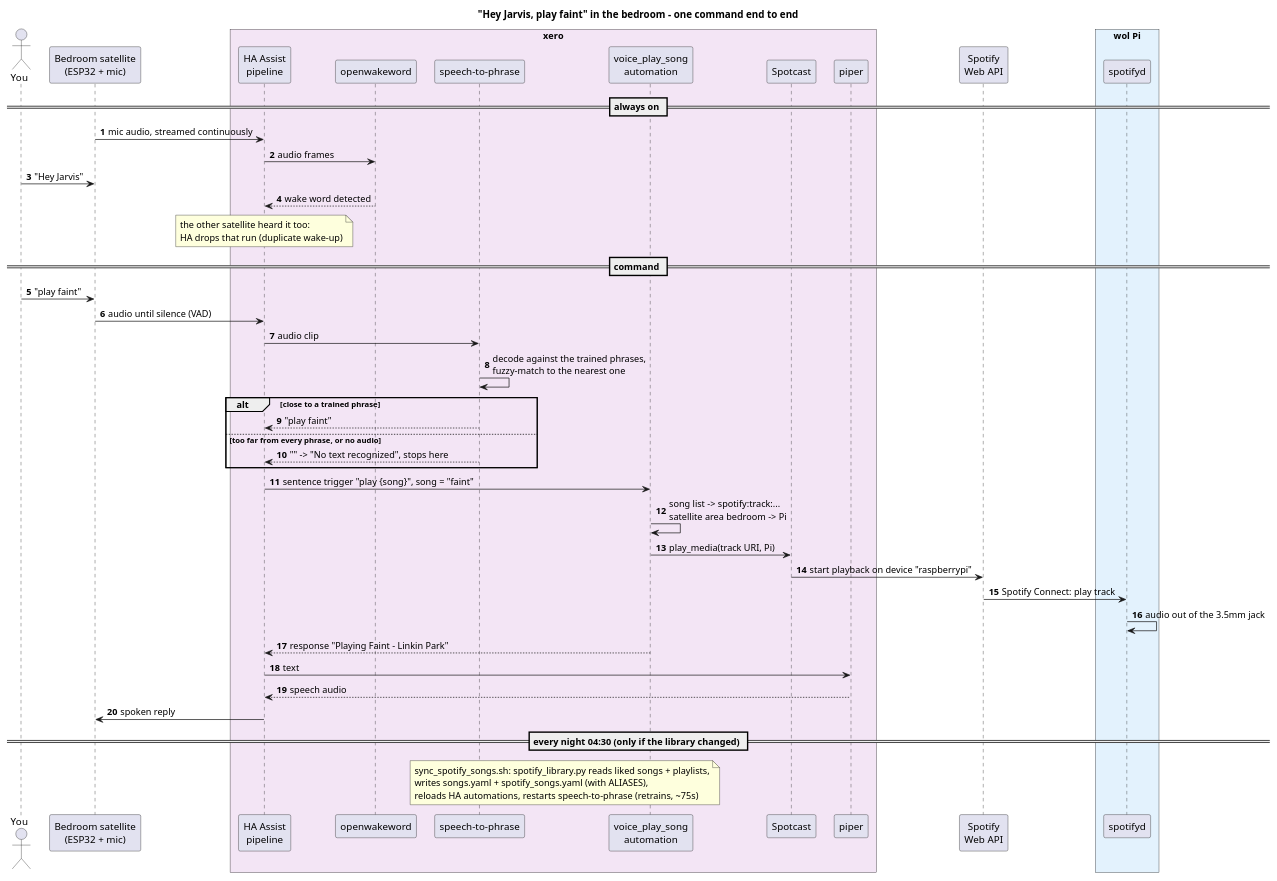
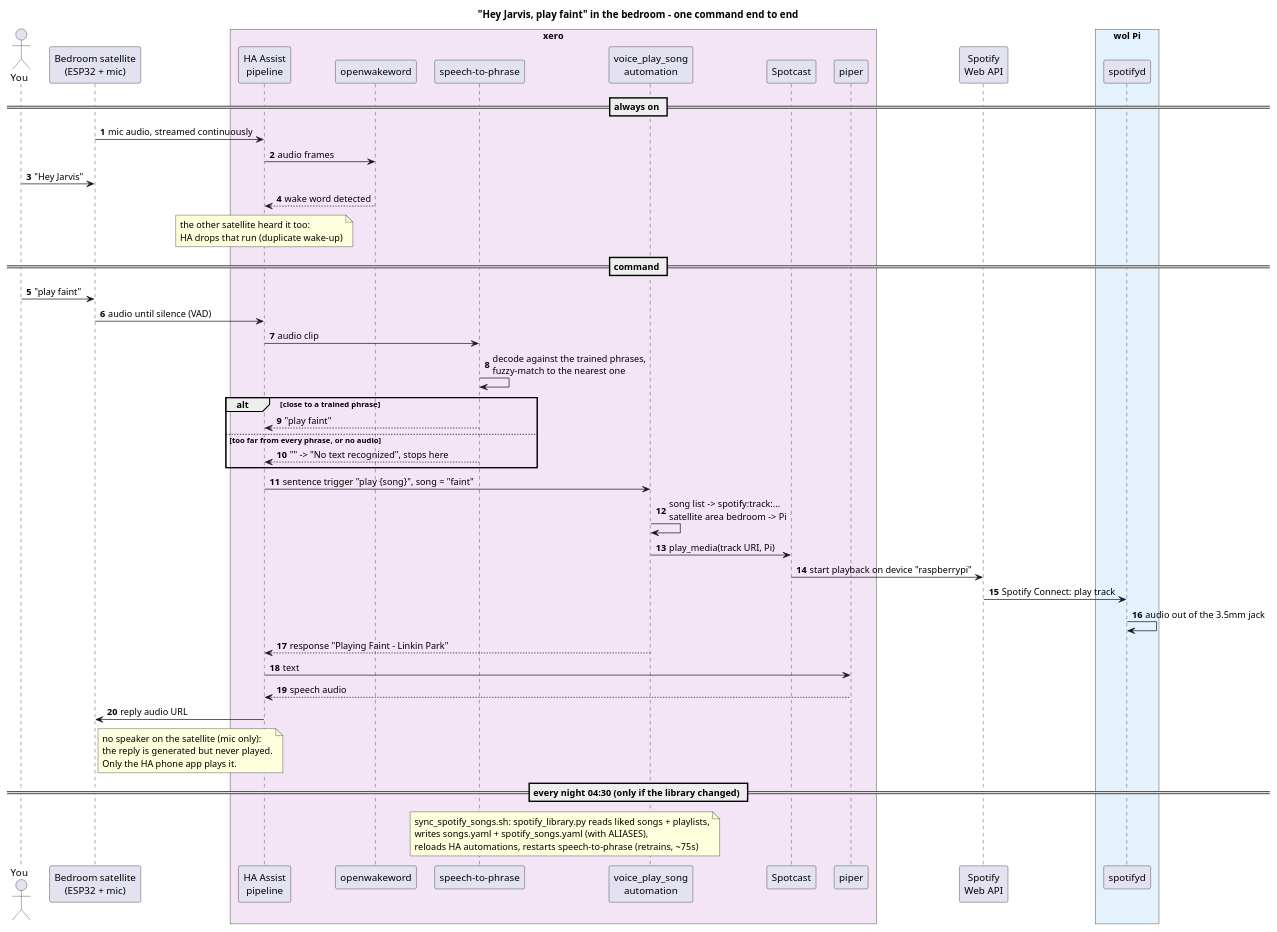
One commit to pjangam/homelab changed the diagram in projects/voice-assistant/sequence_play_song.puml. Above: the diagram before and after it, drawn with PlantUML. The commit also changed 5 other files, not shown here.

First line of the commit message:
voice-assistant diagrams: the spoken reply is never played on the satellites

```diff
--- a/projects/voice-assistant/sequence_play_song.puml
+++ b/projects/voice-assistant/sequence_play_song.puml
@@ -1,61 +1,62 @@
 @startuml
 ' One "Hey Jarvis, play faint" said in the bedroom, step by step.
 ' Render: projects/voice-assistant/render_architecture.sh
 title "Hey Jarvis, play faint" in the bedroom - one command end to end
 
 skinparam shadowing false
 skinparam defaultFontName Helvetica
 skinparam sequenceMessageAlign left
 skinparam ParticipantPadding 8
 autonumber
 
 actor "You" as user
 participant "Bedroom satellite\n(ESP32 + mic)" as sat
 box "xero" #F3E5F5
   participant "HA Assist\npipeline" as pipe
   participant "openwakeword" as oww
   participant "speech-to-phrase" as stp
   participant "voice_play_song\nautomation" as auto
   participant "Spotcast" as sc
   participant "piper" as piper
 end box
 participant "Spotify\nWeb API" as sp
 box "wol Pi" #E3F2FD
   participant "spotifyd" as spd
 end box
 
 == always on ==
 sat -> pipe : mic audio, streamed continuously
 pipe -> oww : audio frames
 user -> sat : "Hey Jarvis"
 oww --> pipe : wake word detected
 note over pipe : the other satellite heard it too:\nHA drops that run (duplicate wake-up)
 
 == command ==
 user -> sat : "play faint"
 sat -> pipe : audio until silence (VAD)
 pipe -> stp : audio clip
 stp -> stp : decode against the trained phrases,\nfuzzy-match to the nearest one
 alt close to a trained phrase
   stp --> pipe : "play faint"
 else too far from every phrase, or no audio
   stp --> pipe : "" -> "No text recognized", stops here
 end
 pipe -> auto : sentence trigger "play {song}", song = "faint"
 auto -> auto : song list -> spotify:track:...\nsatellite area bedroom -> Pi
 auto -> sc : play_media(track URI, Pi)
 sc -> sp : start playback on device "raspberrypi"
 sp -> spd : Spotify Connect: play track
 spd -> spd : audio out of the 3.5mm jack
 auto --> pipe : response "Playing Faint - Linkin Park"
 pipe -> piper : text
 piper --> pipe : speech audio
-pipe -> sat : spoken reply
+pipe -> sat : reply audio URL
+note right of sat : no speaker on the satellite (mic only):\nthe reply is generated but never played.\nOnly the HA phone app plays it.
 
 == every night 04:30 (only if the library changed) ==
 note over auto, stp
   sync_spotify_songs.sh: spotify_library.py reads liked songs + playlists,
   writes songs.yaml + spotify_songs.yaml (with ALIASES),
   reloads HA automations, restarts speech-to-phrase (retrains, ~75s)
 end note
 @enduml
```
